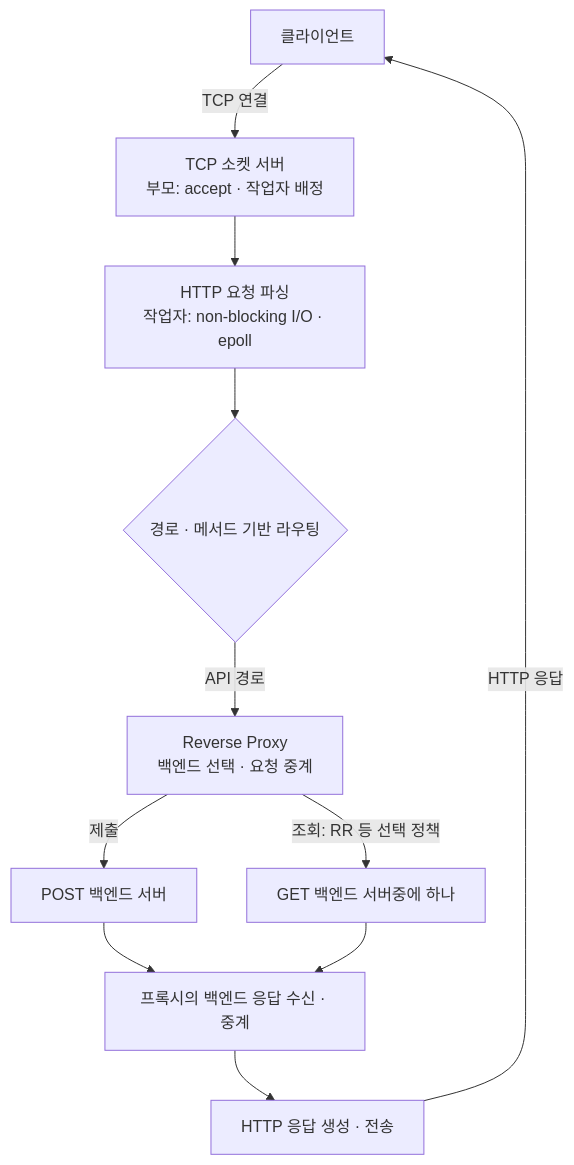
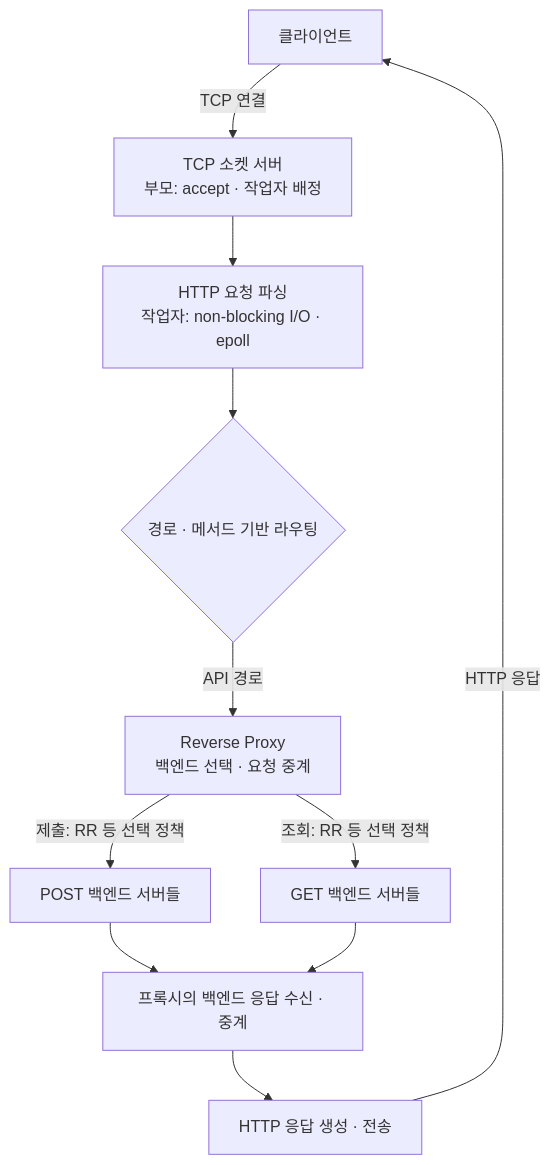
Before and after one commit to chan95821/jungle-week-13-c-web-server: the diagram in README.md, drawn with Mermaid. The commit also changed other lines of this file and 1 other file, not shown here.

````diff
--- a/README.md
+++ b/README.md
@@ -12,13 +12,13 @@
 ```mermaid
 flowchart TD
     Client[클라이언트] -->|TCP 연결| Accept["TCP 소켓 서버<br/>부모: accept · 작업자 배정"]
     Accept --> Parse["HTTP 요청 파싱<br/>작업자: non-blocking I/O · epoll"]
     Parse --> Route{경로 · 메서드 기반 라우팅}
     Route -->|API 경로| Proxy["Reverse Proxy<br/>백엔드 선택 · 요청 중계"]
-    Proxy -->|제출| Submit[POST 백엔드 서버]
-    Proxy -->|조회: RR 등 선택 정책| Query[GET 백엔드 서버중에 하나]
+    Proxy -->|제출: RR 등 선택 정책| Submit[POST 백엔드 서버들]
+    Proxy -->|조회: RR 등 선택 정책| Query[GET 백엔드 서버들]
     Submit --> Relay[프록시의 백엔드 응답 수신 · 중계]
     Query --> Relay
     Relay --> Response[HTTP 응답 생성 · 전송]
     Response -->|HTTP 응답| Client
 ```
````
